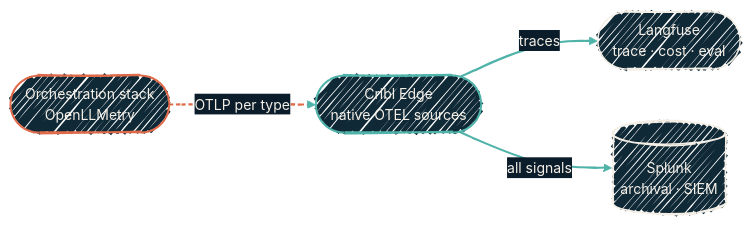
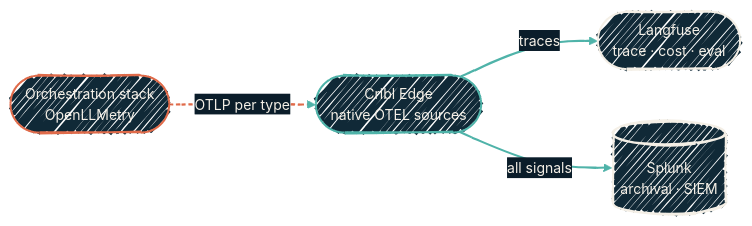
Before and after one commit to dryvist/docs: the diagram in observability/llm-observability.mdx, drawn with Mermaid. The commit also changed 6 other files, not shown here.

````diff
--- a/observability/llm-observability.mdx
+++ b/observability/llm-observability.mdx
@@ -38,23 +38,23 @@
 ```mermaid
 %%{init: {'theme':'base','look':'handDrawn','themeVariables':{'fontFamily':'Geist','fontSize':'14px','primaryColor':'#102937','primaryTextColor':'#F4EFE6','primaryBorderColor':'#4FB3A9','lineColor':'#4FB3A9','secondaryColor':'#0B1D2A','tertiaryColor':'#1A2A38','clusterBkg':'rgba(79,179,169,0.08)','clusterBorder':'#4FB3A9'}}}%%
 flowchart LR
   Apps([Orchestration stack<br/>OpenLLMetry])
   Cribl([Cribl Edge<br/>native OTEL sources])
   LF([Langfuse<br/>trace · cost · eval])
   SP[(Splunk<br/>archival · SIEM)]
 
   Apps -->|OTLP per type| Cribl
   Cribl -->|traces| LF
   Cribl -->|all signals| SP
 
   classDef app  fill:#102937,stroke:#E06B4A,stroke-width:2px,color:#F4EFE6;
   classDef hub  fill:#102937,stroke:#4FB3A9,stroke-width:2px,color:#F4EFE6;
-  classDef sink fill:#102937,stroke:#F4EFE6,stroke-width:1.5px,color:#F4EFE6;
+  classDef sink fill:#102937,stroke:#F4EFE6,stroke-width:2px,color:#F4EFE6;
 
   class Apps app
   class Cribl hub
   class LF,SP sink
 
   linkStyle 0 stroke:#E06B4A,stroke-width:2px,stroke-dasharray:4 3;
   linkStyle 1,2 stroke:#4FB3A9,stroke-width:2px;
 ```
````
